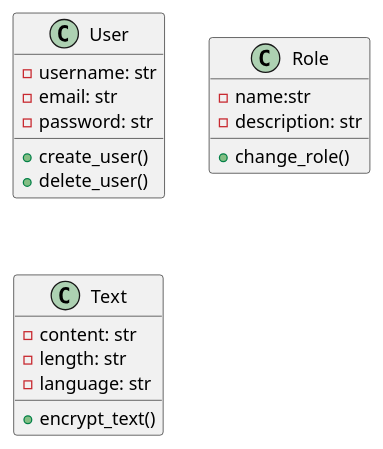
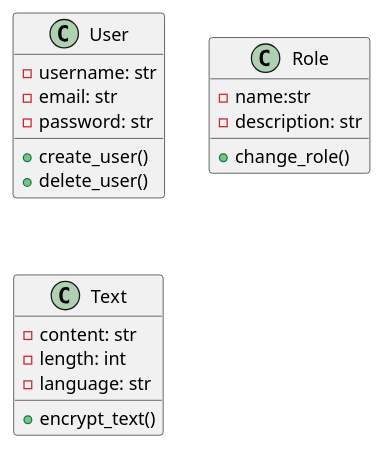
The diagram in docs/class_diagram.puml (belensarome/cifrador-web), drawn with PlantUML before and after one commit.

Commit message:
#1 corrección en diagrama de clases

```diff
--- a/docs/class_diagram.puml
+++ b/docs/class_diagram.puml
@@ -1,23 +1,23 @@
 @startuml ClassDiagram
 
 class User{
     - username: str
     - email: str 
     - password: str 
     +create_user()
     +delete_user()
 }
 class Role{
     - name:str
     - description: str
     + change_role()
 
 }
 class Text{
     -content: str
-    - length: str
+    - length: int
     - language: str
     + encrypt_text()
 
 }
 @enduml
```
